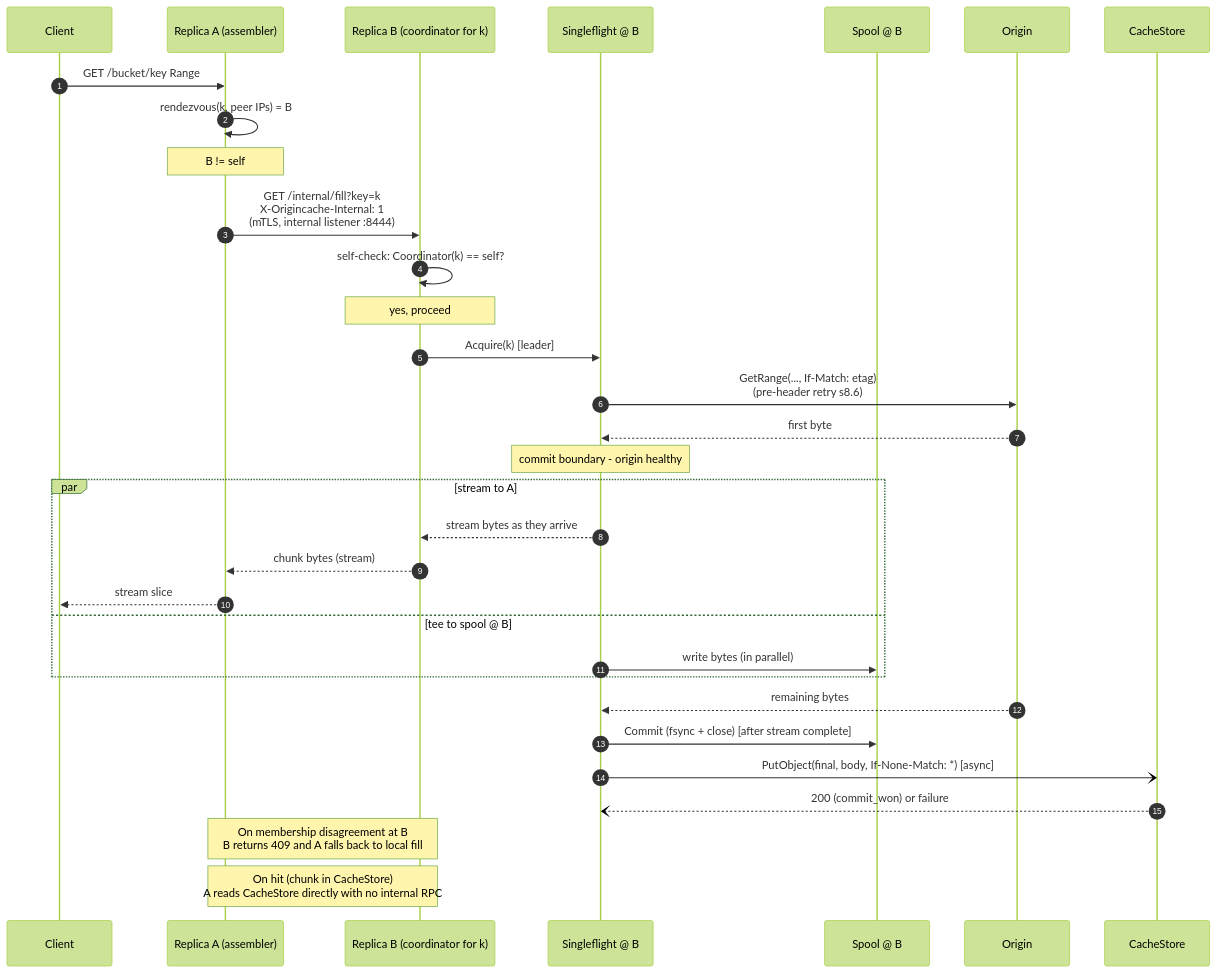
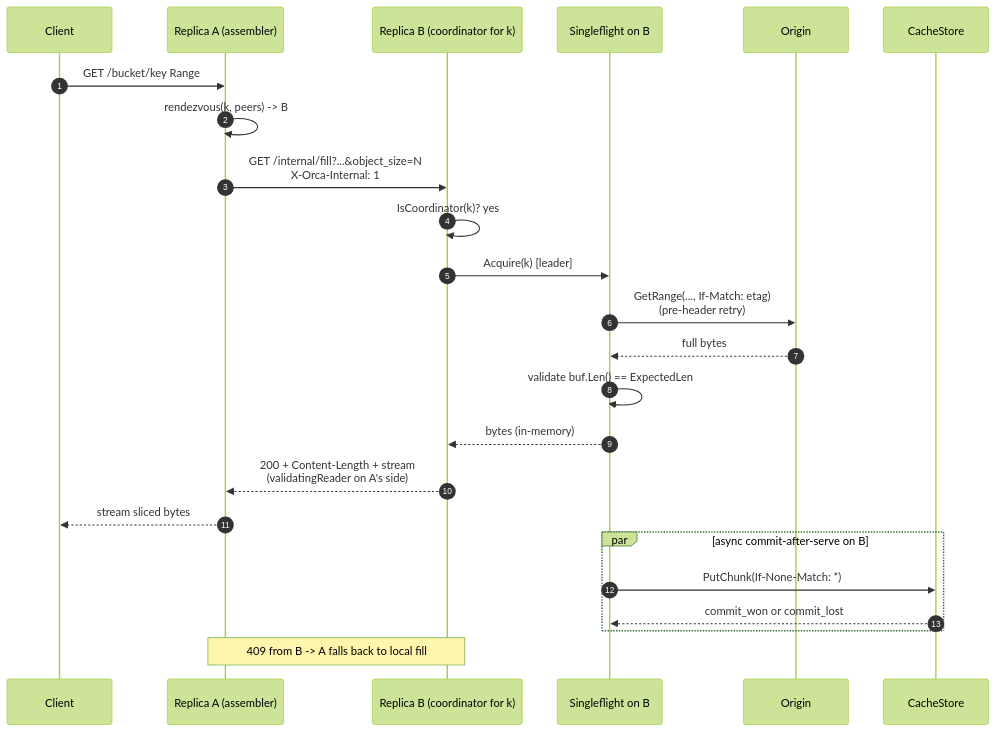
One commit to Azure/unbounded changed the fifth of 7 diagrams in design/orca/design.md. Above: the diagram before and after it, drawn with Mermaid (forest theme). The commit also changed other lines of this file and 5 other files, not shown here.

````diff
--- a/design/orca/design.md
+++ b/design/orca/design.md
@@ -1097,34 +635,26 @@
 ```mermaid
 sequenceDiagram
     autonumber
     participant C as Client
     participant A as Replica A (assembler)
     participant B as Replica B (coordinator for k)
-    participant SF as Singleflight @ B
-    participant Sp as Spool @ B
+    participant SF as Singleflight on B
     participant O as Origin
     participant CS as CacheStore
     C->>A: GET /bucket/key Range
-    A->>A: rendezvous(k, peer IPs) = B
-    Note over A: B != self
-    A->>B: GET /internal/fill?key=k<br/>X-Origincache-Internal: 1<br/>(mTLS, internal listener :8444)
-    B->>B: self-check: Coordinator(k) == self?
-    Note over B: yes, proceed
+    A->>A: rendezvous(k, peers) -> B
+    A->>B: GET /internal/fill?...&object_size=N<br/>X-Orca-Internal: 1
+    B->>B: IsCoordinator(k)?  yes
     B->>SF: Acquire(k) [leader]
-    SF->>O: GetRange(..., If-Match: etag)<br/>(pre-header retry s8.6)
-    O-->>SF: first byte
-    Note over SF: commit boundary - origin healthy
-    par stream to A
-        SF-->>B: stream bytes as they arrive
-        B-->>A: chunk bytes (stream)
-        A-->>C: stream slice
-    and tee to spool @ B
-        SF->>Sp: write bytes (in parallel)
+    SF->>O: GetRange(..., If-Match: etag)<br/>(pre-header retry)
+    O-->>SF: full bytes
+    SF->>SF: validate buf.Len() == ExpectedLen
+    SF-->>B: bytes (in-memory)
+    B-->>A: 200 + Content-Length + stream<br/>(validatingReader on A's side)
+    A-->>C: stream sliced bytes
+    par async commit-after-serve on B
+        SF->>CS: PutChunk(If-None-Match: *)
+        CS-->>SF: commit_won or commit_lost
     end
-    O-->>SF: remaining bytes
-    SF->>Sp: Commit (fsync + close) [after stream complete]
-    SF-)CS: PutObject(final, body, If-None-Match: *) [async]
-    CS--)SF: 200 (commit_won) or failure
-    Note over A,B: On membership disagreement at B<br/>B returns 409 and A falls back to local fill
-    Note over A,B: On hit (chunk in CacheStore)<br/>A reads CacheStore directly with no internal RPC
+    Note over A,B: 409 from B -> A falls back to local fill
 ```
````
